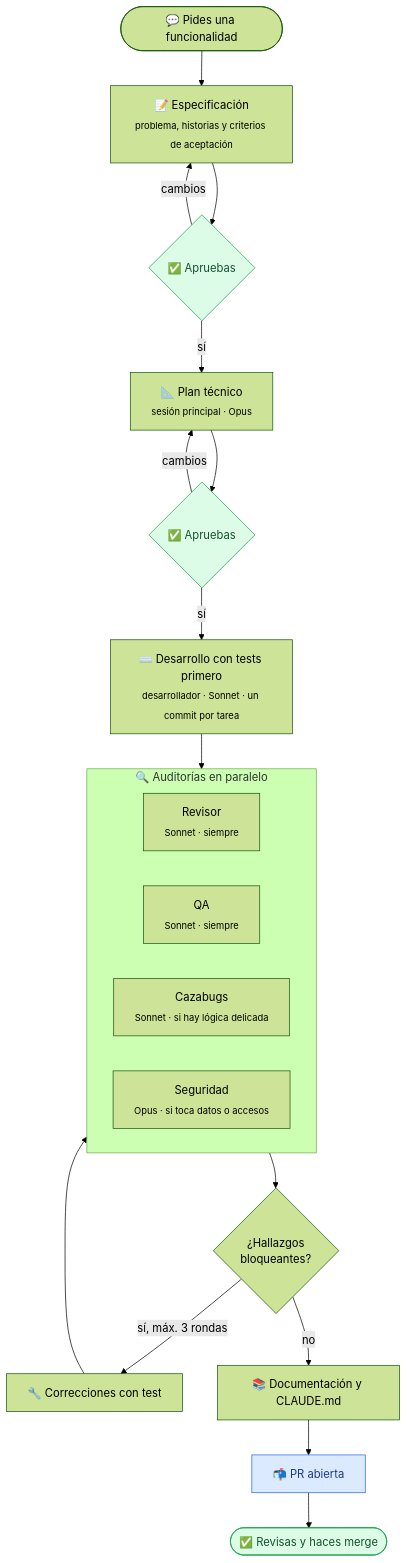
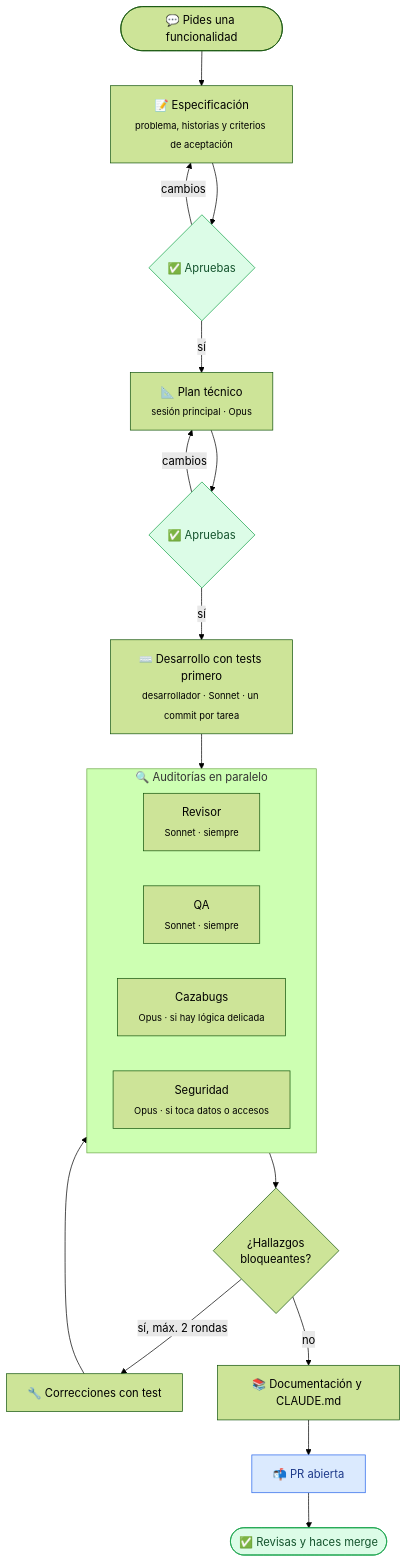
One commit to davidgarcia11/taller-dev changed the diagram in README.md. Above: the diagram before and after it, drawn with Mermaid (forest theme). The commit also changed other lines of this file and 11 other files, not shown here.

Commit message:
feat(equipo): casos límite y amenazas en el plan, máximo 2 rondas y cazabugs en Opus (v1.6.1)

````diff
--- a/README.md
+++ b/README.md
@@ -65,31 +65,31 @@
 ```mermaid
 flowchart TD
     A([💬 Pides una funcionalidad]) --> B[📝 Especificación<br/><sub>problema, historias y criterios de aceptación</sub>]
     B --> C{✅ Apruebas}
     C -->|cambios| B
     C -->|sí| D[📐 Plan técnico<br/><sub>sesión principal · Opus</sub>]
     D --> E{✅ Apruebas}
     E -->|cambios| D
     E -->|sí| F[⌨️ Desarrollo con tests primero<br/><sub>desarrollador · Sonnet · un commit por tarea</sub>]
     F --> G
 
     subgraph G [🔍 Auditorías en paralelo]
         direction LR
         G1[Revisor<br/><sub>Sonnet · siempre</sub>]
         G2[QA<br/><sub>Sonnet · siempre</sub>]
-        G3[Cazabugs<br/><sub>Sonnet · si hay lógica delicada</sub>]
+        G3[Cazabugs<br/><sub>Opus · si hay lógica delicada</sub>]
         G4[Seguridad<br/><sub>Opus · si toca datos o accesos</sub>]
     end
 
     G --> H{¿Hallazgos<br/>bloqueantes?}
-    H -->|sí, máx. 3 rondas| I[🔧 Correcciones con test]
+    H -->|sí, máx. 2 rondas| I[🔧 Correcciones con test]
     I --> G
     H -->|no| J[📚 Documentación y CLAUDE.md]
     J --> K[📬 PR abierta]
     K --> L([✅ Revisas y haces merge])
 
     classDef tu fill:#dcfce7,stroke:#16a34a,color:#14532d
     classDef final fill:#dbeafe,stroke:#2563eb,color:#1e3a8a
     class C,E,L tu
     class K final
 ```
````
